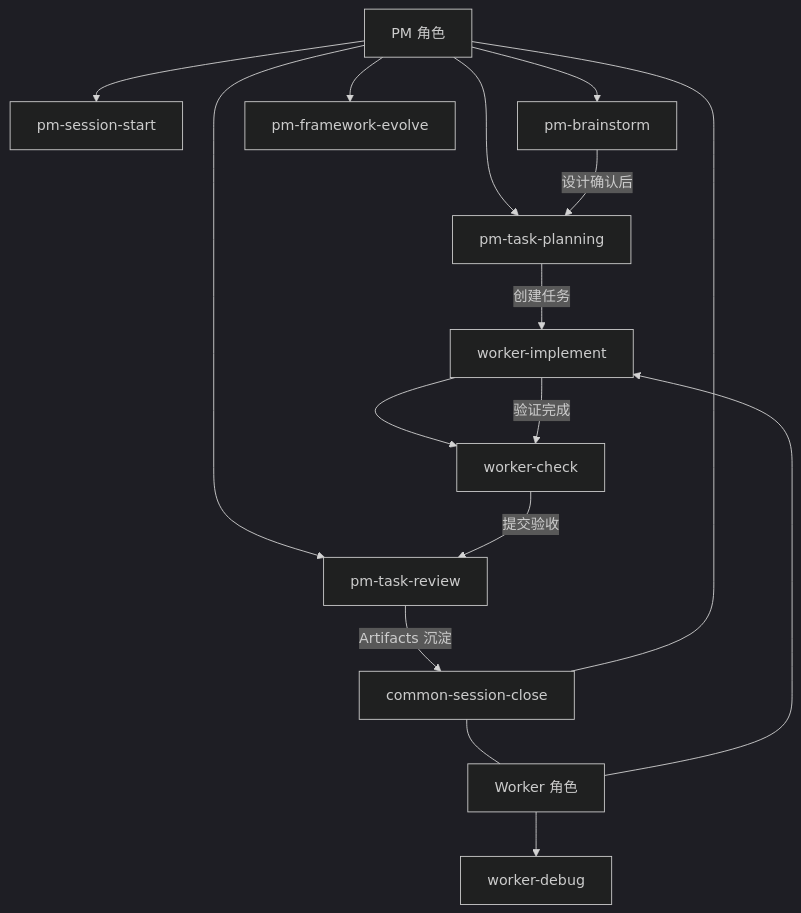
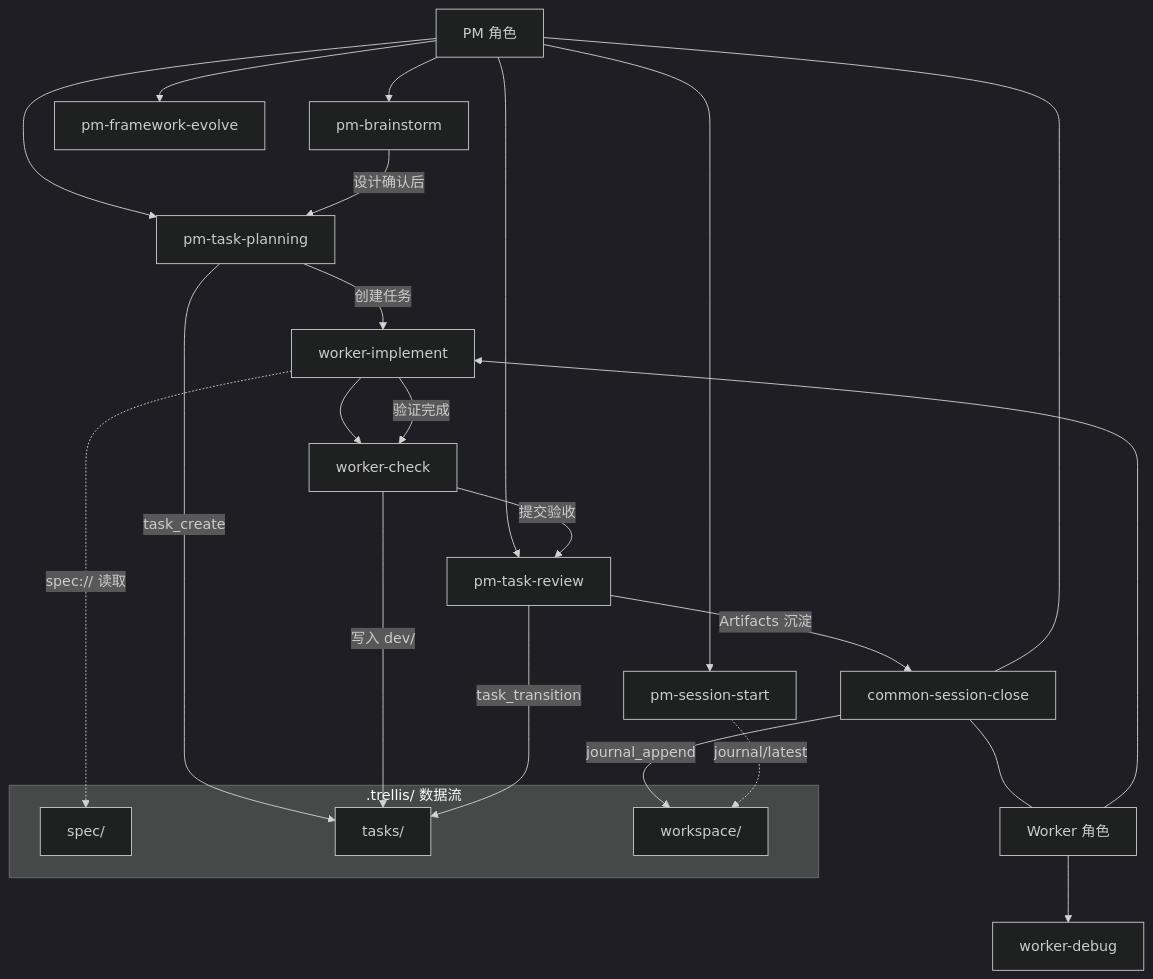
Before and after one commit to GeeSeeker/easyAI-dev: the diagram in skeleton/.agents/skills/pm-framework-evolve/references/features.md, drawn with Mermaid (dark theme). The commit also changed other lines of this file and 13 other files, not shown here.

First line of the commit message:
feat: Trellis spec 集成修复 — 5 个 Skill 接入 spec 读写闭环

````diff
--- a/skeleton/.agents/skills/pm-framework-evolve/references/features.md
+++ b/skeleton/.agents/skills/pm-framework-evolve/references/features.md
@@ -121,21 +137,34 @@
 ```mermaid
 graph TD
     PM[PM 角色] --> SS[pm-session-start]
     PM --> BS[pm-brainstorm]
     PM --> TP[pm-task-planning]
     PM --> TR[pm-task-review]
     PM --> FE[pm-framework-evolve]
 
     W[Worker 角色] --> WI[worker-implement]
     WI --> WC[worker-check]
     W --> WD[worker-debug]
 
     BS -->|设计确认后| TP
     TP -->|创建任务| WI
     WI -->|验证完成| WC
     WC -->|提交验收| TR
     TR -->|Artifacts 沉淀| SC[common-session-close]
 
     SC --- PM
     SC --- W
+
+    subgraph ".trellis/ 数据流"
+        SPEC[spec/]
+        TASKS[tasks/]
+        WS[workspace/]
+    end
+
+    TP -->|task_create| TASKS
+    WI -.->|spec:// 读取| SPEC
+    WC -->|写入 dev/| TASKS
+    TR -->|task_transition| TASKS
+    SC -->|journal_append| WS
+    SS -.->|journal/latest| WS
 ```
````
